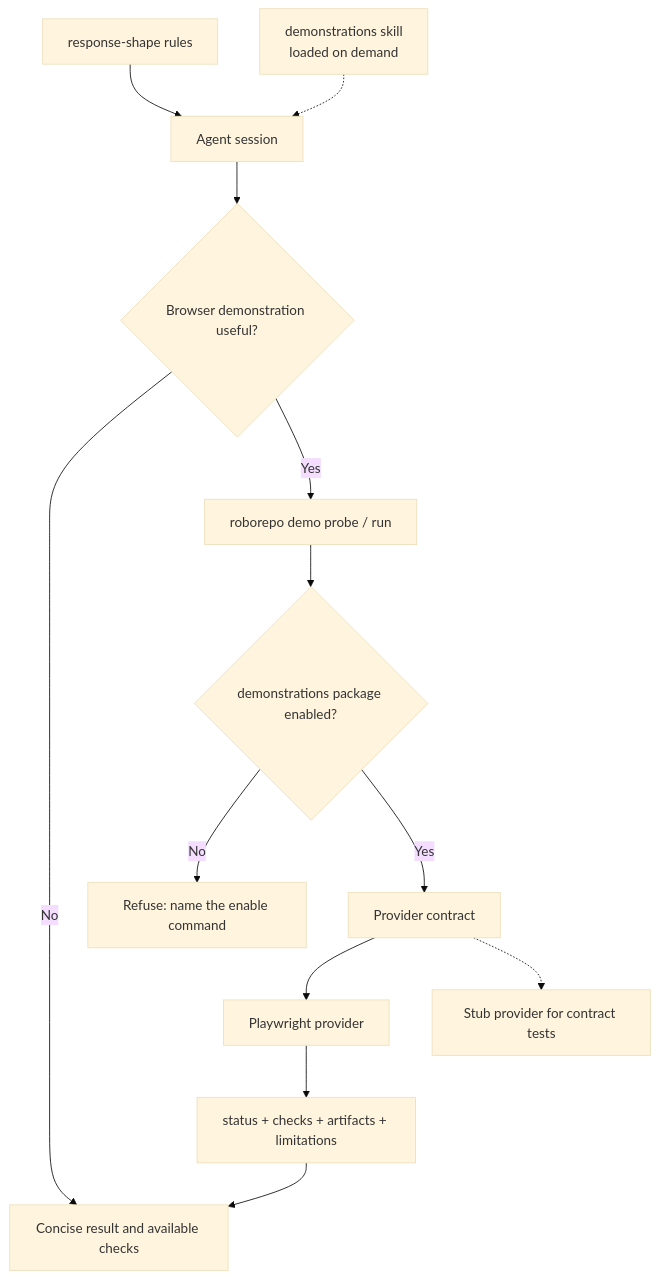
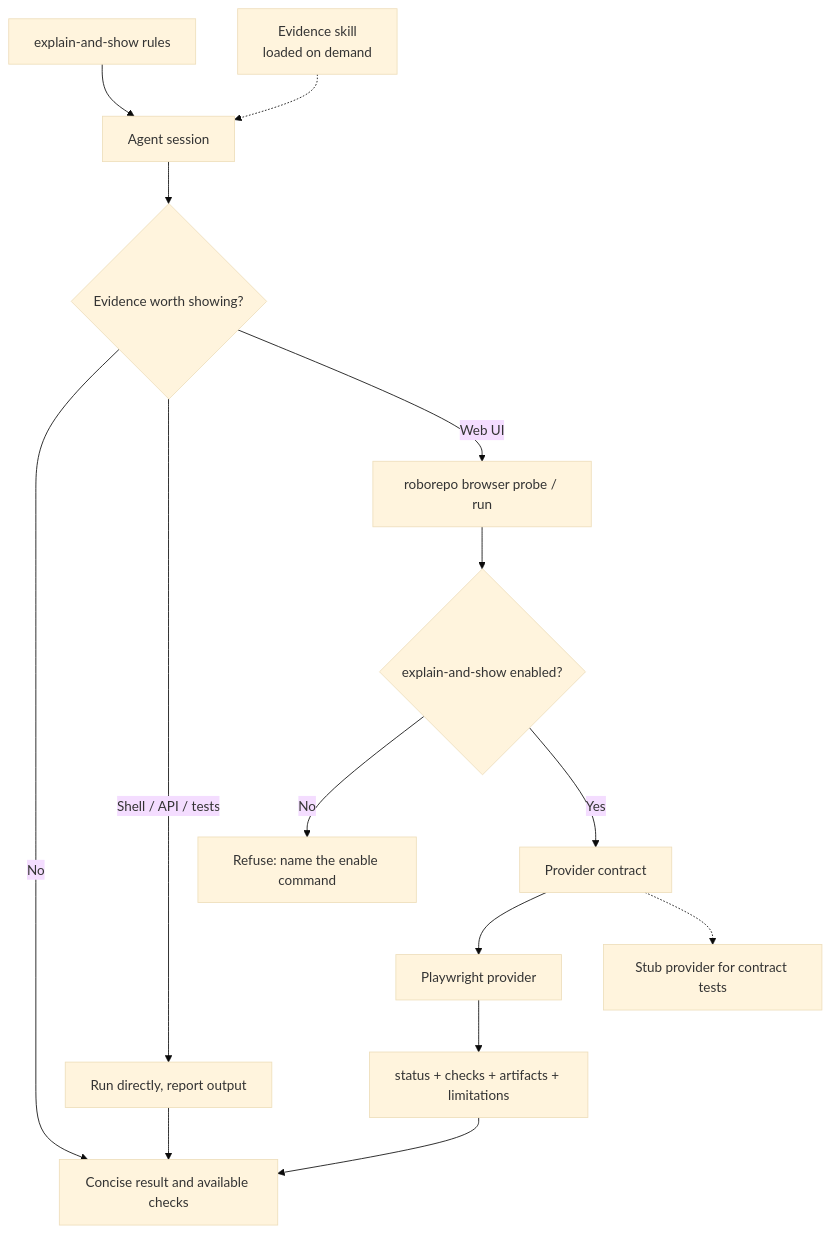
The diagram in docs/plans/ready/agent-config-interactive-communication-and-demonstrations.md (kirinmurphy/roborepo-alpha), drawn with Mermaid (base theme) before and after one commit. The commit also changed other lines of this file, not shown here.

Commit message:
Promote plan agent-config-interactive-communication-and-demonstrations to ready

````diff
--- a/docs/plans/ready/agent-config-interactive-communication-and-demonstrations.md
+++ b/docs/plans/ready/agent-config-interactive-communication-and-demonstrations.md
@@ -144,15 +169,17 @@
 ```mermaid
 flowchart TB
-  Rules[response-shape rules] --> Agent[Agent session]
-  Skill[demonstrations skill<br/>loaded on demand] -.-> Agent
-  Agent --> Choice{Browser demonstration useful?}
+  Rules[explain-and-show rules] --> Agent[Agent session]
+  Skill[Evidence skill<br/>loaded on demand] -.-> Agent
+  Agent --> Choice{Evidence worth showing?}
   Choice -->|No| Report[Concise result and available checks]
-  Choice -->|Yes| CLI[roborepo demo probe / run]
-  CLI --> Gate{demonstrations package enabled?}
+  Choice -->|Shell / API / tests| Direct[Run directly, report output]
+  Choice -->|Web UI| CLI[roborepo browser probe / run]
+  CLI --> Gate{explain-and-show enabled?}
   Gate -->|No| Refuse[Refuse: name the enable command]
   Gate -->|Yes| Adapter[Provider contract]
   Adapter --> Playwright[Playwright provider]
   Adapter -.-> Stub[Stub provider for contract tests]
   Playwright --> Result[status + checks + artifacts + limitations]
+  Direct --> Report
   Result --> Report
 ```
````
